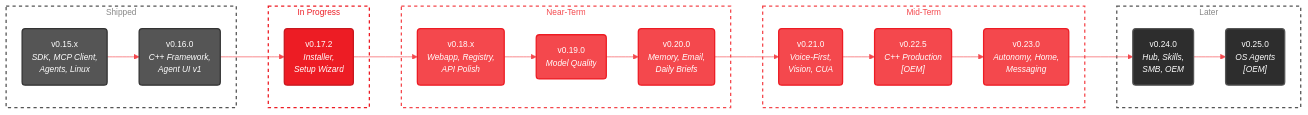
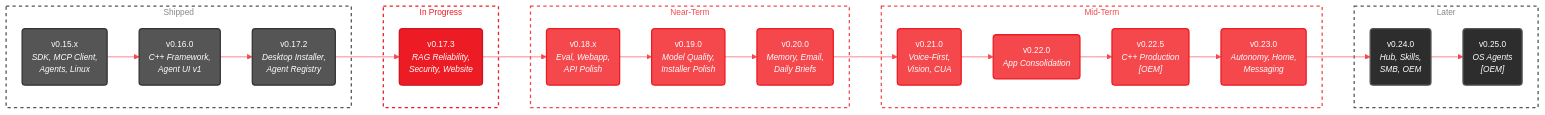
One commit to amd/gaia changed the diagram in docs/roadmap.mdx. Above: the diagram before and after it, drawn with Mermaid. The commit also changed other lines of this file, not shown here.

First line of the commit message:
docs: update roadmap — v0.17.2 shipped, v0.17.3 current, sequenced dates

````diff
--- a/docs/roadmap.mdx
+++ b/docs/roadmap.mdx
@@ -20,49 +20,53 @@
 ```mermaid
 %%{init: {'theme':'base', 'themeVariables': { 'primaryColor':'#ED1C24', 'primaryTextColor':'#fff', 'primaryBorderColor':'#C8171E', 'lineColor':'#F4484D', 'secondaryColor':'#2d2d2d', 'tertiaryColor':'#f5f5f5', 'fontSize':'13px', 'fontFamily': 'system-ui, -apple-system, sans-serif'}}}%%
 graph LR
     subgraph Shipped["Shipped"]
         V15("v0.15.x<br/><i>SDK, MCP Client,<br/>Agents, Linux</i>")
         V16("v0.16.0<br/><i>C++ Framework,<br/>Agent UI v1</i>")
+        V172("v0.17.2<br/><i>Desktop Installer,<br/>Agent Registry</i>")
     end
 
     subgraph Current["In Progress"]
-        V17("v0.17.2<br/><i>Installer,<br/>Setup Wizard</i>")
+        V173("v0.17.3<br/><i>RAG Reliability,<br/>Security, Website</i>")
     end
 
     subgraph Near["Near-Term"]
-        V18("v0.18.x<br/><i>Webapp, Registry,<br/>API Polish</i>")
-        V19("v0.19.0<br/><i>Model Quality</i>")
+        V18("v0.18.x<br/><i>Eval, Webapp,<br/>API Polish</i>")
+        V19("v0.19.0<br/><i>Model Quality,<br/>Installer Polish</i>")
         V20("v0.20.0<br/><i>Memory, Email,<br/>Daily Briefs</i>")
     end
 
     subgraph Mid["Mid-Term"]
         V21("v0.21.0<br/><i>Voice-First,<br/>Vision, CUA</i>")
+        V220("v0.22.0<br/><i>App Consolidation</i>")
         V22("v0.22.5<br/><i>C++ Production<br/>[OEM]</i>")
         V23("v0.23.0<br/><i>Autonomy, Home,<br/>Messaging</i>")
     end
 
     subgraph Later["Later"]
         V24("v0.24.0<br/><i>Hub, Skills,<br/>SMB, OEM</i>")
         V25("v0.25.0<br/><i>OS Agents<br/>[OEM]</i>")
     end
 
-    V15 --> V16 --> V17 --> V18 --> V19 --> V20 --> V21 --> V22 --> V23 --> V24 --> V25
+    V15 --> V16 --> V172 --> V173 --> V18 --> V19 --> V20 --> V21 --> V220 --> V22 --> V23 --> V24 --> V25
 
     style V15 fill:#555,stroke:#333,stroke-width:2px,color:#fff
     style V16 fill:#555,stroke:#333,stroke-width:2px,color:#fff
-    style V17 fill:#ED1C24,stroke:#C8171E,stroke-width:2px,color:#fff
+    style V172 fill:#555,stroke:#333,stroke-width:2px,color:#fff
+    style V173 fill:#ED1C24,stroke:#C8171E,stroke-width:2px,color:#fff
     style V18 fill:#F4484D,stroke:#ED1C24,stroke-width:2px,color:#fff
     style V19 fill:#F4484D,stroke:#ED1C24,stroke-width:2px,color:#fff
     style V20 fill:#F4484D,stroke:#ED1C24,stroke-width:2px,color:#fff
     style V21 fill:#F4484D,stroke:#ED1C24,stroke-width:2px,color:#fff
+    style V220 fill:#F4484D,stroke:#ED1C24,stroke-width:2px,color:#fff
     style V22 fill:#F4484D,stroke:#ED1C24,stroke-width:2px,color:#fff
     style V23 fill:#F4484D,stroke:#ED1C24,stroke-width:2px,color:#fff
     style V24 fill:#2d2d2d,stroke:#555,stroke-width:2px,color:#fff
     style V25 fill:#2d2d2d,stroke:#555,stroke-width:2px,color:#fff
 
     style Shipped fill:transparent,stroke:#555,stroke-width:2px,stroke-dasharray: 5 5,color:#888
     style Current fill:transparent,stroke:#ED1C24,stroke-width:2px,stroke-dasharray: 5 5,color:#ED1C24
     style Near fill:transparent,stroke:#F4484D,stroke-width:2px,stroke-dasharray: 5 5,color:#F4484D
     style Mid fill:transparent,stroke:#F4484D,stroke-width:2px,stroke-dasharray: 5 5,color:#F4484D
     style Later fill:transparent,stroke:#555,stroke-width:2px,stroke-dasharray: 5 5,color:#888
 ```
````
